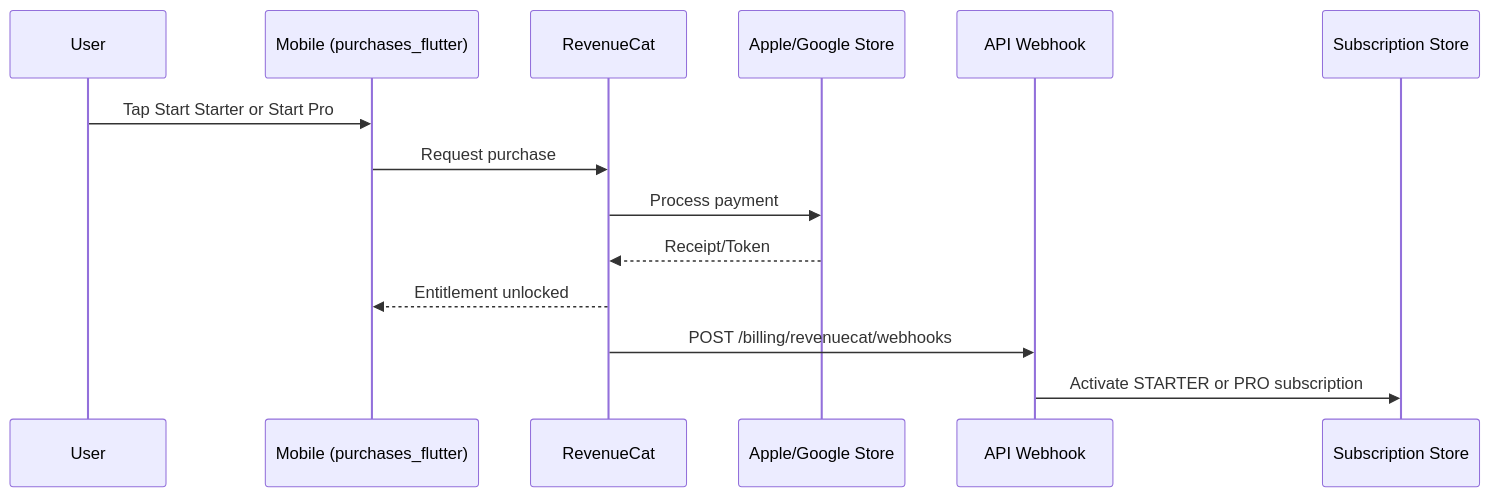
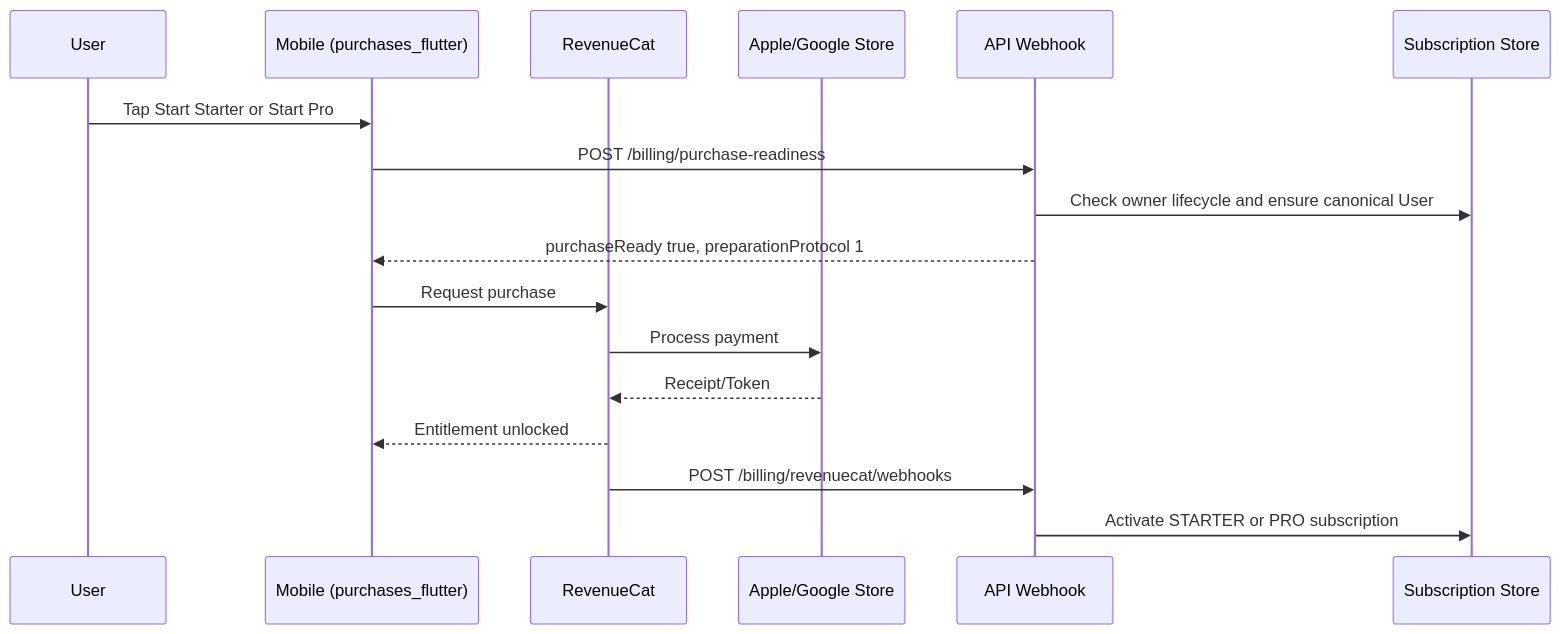
The third of 8 diagrams in ARCHITECTURE.md (NOI56/PostDeeMobile), drawn with Mermaid before and after one commit. The commit also changed other lines of this file and 214 other files, not shown here.

````diff
--- a/ARCHITECTURE.md
+++ b/ARCHITECTURE.md
@@ -362,17 +507,20 @@
 ```mermaid
 sequenceDiagram
   participant U as User
   participant M as Mobile (purchases_flutter)
   participant RC as RevenueCat
   participant Store as Apple/Google Store
   participant A as API Webhook
   participant DB as Subscription Store
 
   U->>M: Tap Start Starter or Start Pro
+  M->>A: POST /billing/purchase-readiness
+  A->>DB: Check owner lifecycle and ensure canonical User
+  A-->>M: purchaseReady true, preparationProtocol 1
   M->>RC: Request purchase
   RC->>Store: Process payment
   Store-->>RC: Receipt/Token
   RC-->>M: Entitlement unlocked
   RC->>A: POST /billing/revenuecat/webhooks
   A->>DB: Activate STARTER or PRO subscription
 ```
````
